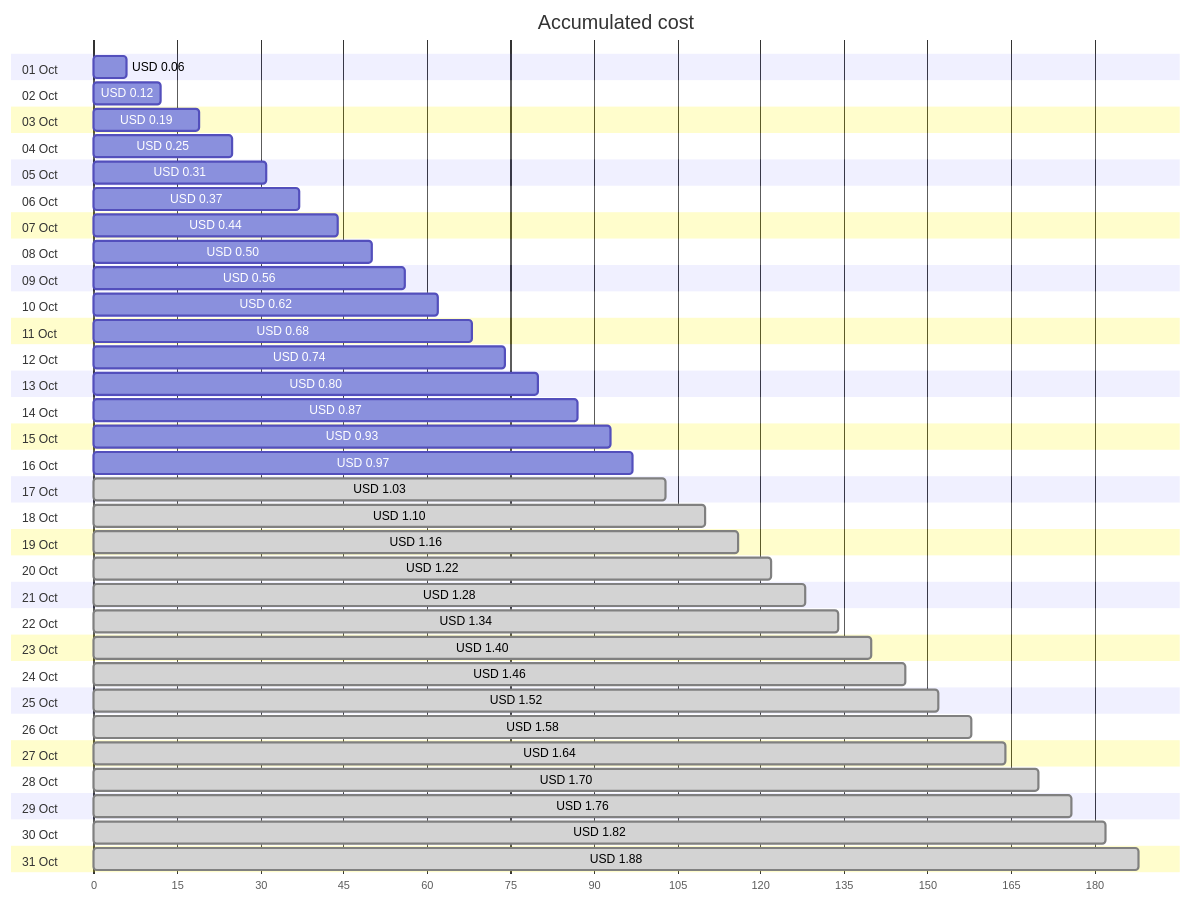
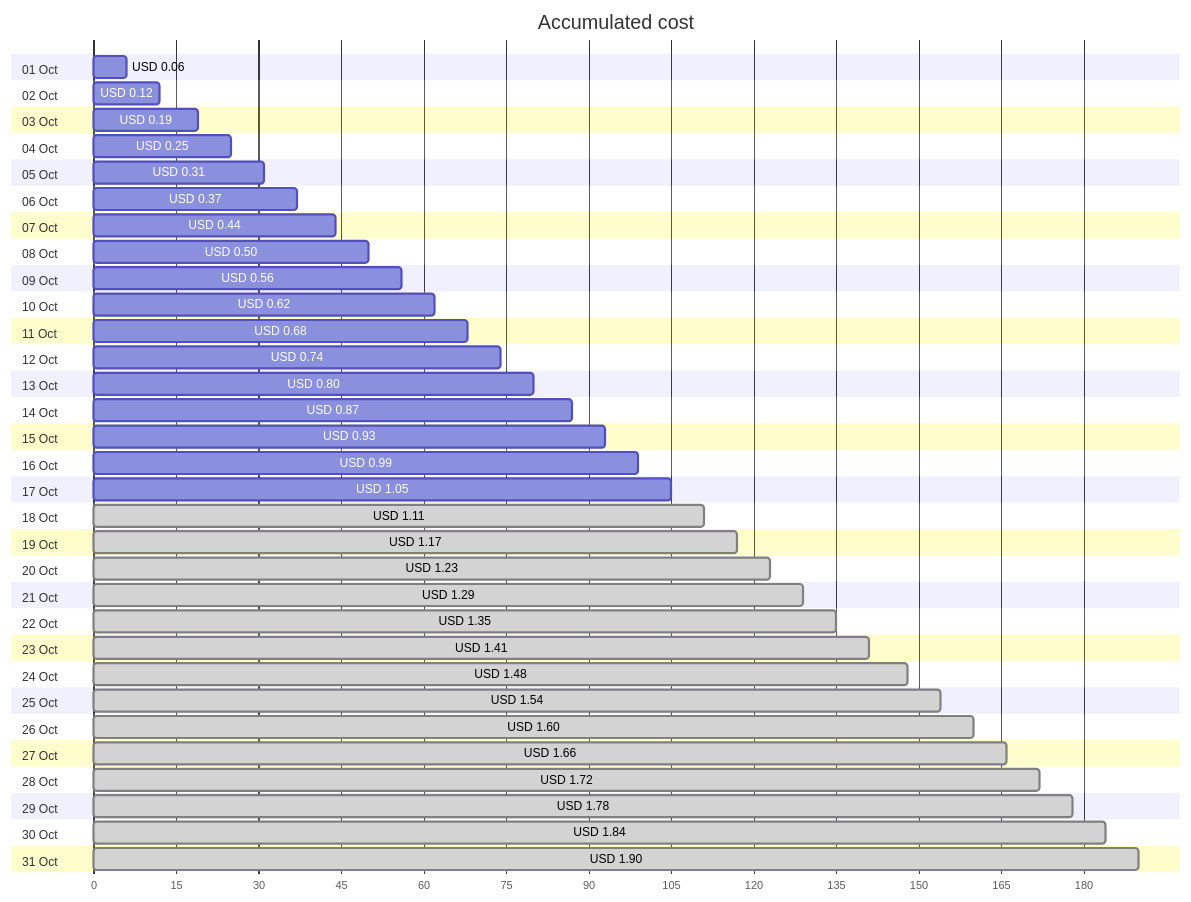
One commit to jpfulton/azure-personal-reports changed the first of 4 diagrams in cost-reports/personal-network/vpn-server_OsDisk.md. Above: the diagram before and after it, drawn with Mermaid. The commit also changed other lines of this file and 8 other files, not shown here.

````diff
--- a/cost-reports/personal-network/vpn-server_OsDisk.md
+++ b/cost-reports/personal-network/vpn-server_OsDisk.md
@@ -20,68 +20,68 @@
 ```mermaid
 gantt
    title Accumulated cost
    dateFormat  X
    axisFormat %s
    section 01 Oct
    USD 0.06 :0, 6
    section 02 Oct
    USD 0.12 :0, 12
    section 03 Oct
    USD 0.19 :0, 19
    section 04 Oct
    USD 0.25 :0, 25
    section 05 Oct
    USD 0.31 :0, 31
    section 06 Oct
    USD 0.37 :0, 37
    section 07 Oct
    USD 0.44 :0, 44
    section 08 Oct
    USD 0.50 :0, 50
    section 09 Oct
    USD 0.56 :0, 56
    section 10 Oct
    USD 0.62 :0, 62
    section 11 Oct
    USD 0.68 :0, 68
    section 12 Oct
    USD 0.74 :0, 74
    section 13 Oct
    USD 0.80 :0, 80
    section 14 Oct
    USD 0.87 :0, 87
    section 15 Oct
    USD 0.93 :0, 93
    section 16 Oct
-   USD 0.97 :0, 97
+   USD 0.99 :0, 99
    section 17 Oct
-   USD 1.03 : done, 0, 103
+   USD 1.05 :0, 105
    section 18 Oct
-   USD 1.10 : done, 0, 110
+   USD 1.11 : done, 0, 111
    section 19 Oct
-   USD 1.16 : done, 0, 116
+   USD 1.17 : done, 0, 117
    section 20 Oct
-   USD 1.22 : done, 0, 122
+   USD 1.23 : done, 0, 123
    section 21 Oct
-   USD 1.28 : done, 0, 128
+   USD 1.29 : done, 0, 129
    section 22 Oct
-   USD 1.34 : done, 0, 134
+   USD 1.35 : done, 0, 135
    section 23 Oct
-   USD 1.40 : done, 0, 140
+   USD 1.41 : done, 0, 141
    section 24 Oct
-   USD 1.46 : done, 0, 146
+   USD 1.48 : done, 0, 148
    section 25 Oct
-   USD 1.52 : done, 0, 152
+   USD 1.54 : done, 0, 154
    section 26 Oct
-   USD 1.58 : done, 0, 158
+   USD 1.60 : done, 0, 160
    section 27 Oct
-   USD 1.64 : done, 0, 164
+   USD 1.66 : done, 0, 166
    section 28 Oct
-   USD 1.70 : done, 0, 170
+   USD 1.72 : done, 0, 172
    section 29 Oct
-   USD 1.76 : done, 0, 176
+   USD 1.78 : done, 0, 178
    section 30 Oct
-   USD 1.82 : done, 0, 182
+   USD 1.84 : done, 0, 184
    section 31 Oct
-   USD 1.88 : done, 0, 188
+   USD 1.90 : done, 0, 190
 ```
````
